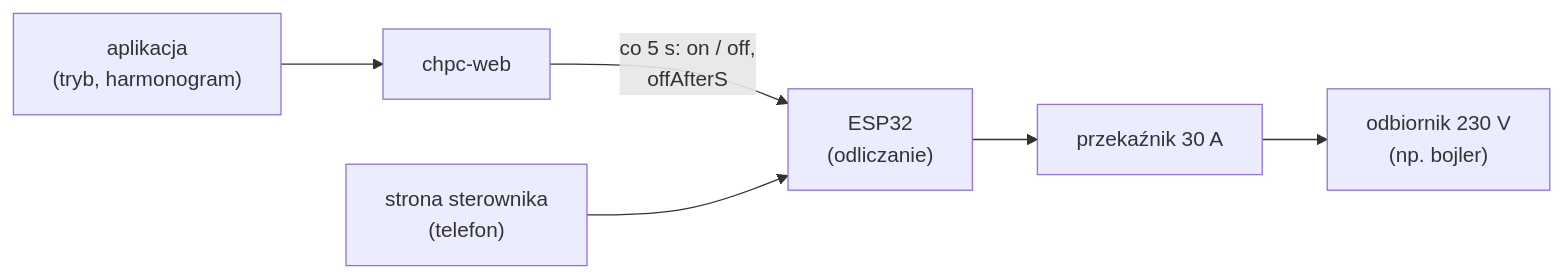
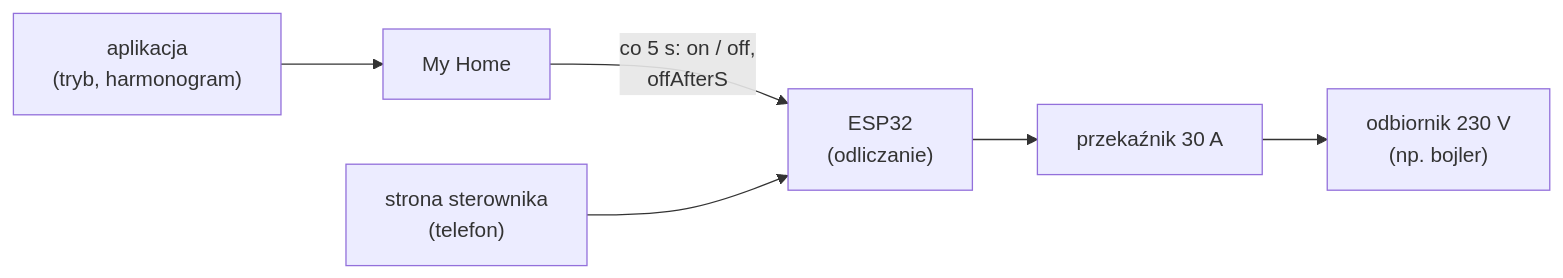
One commit to robertorlowski/chpc-web changed the diagram in devices/switch/docs/1-opis-biznesowy.md. Above: the diagram before and after it, drawn with Mermaid. The commit also changed 37 other files, not shown here.

First line of the commit message:
Dokumentacja: nazwa systemu My Home zamiast chpc-web, README po angielsku

````diff
--- a/devices/switch/docs/1-opis-biznesowy.md
+++ b/devices/switch/docs/1-opis-biznesowy.md
@@ -20,7 +20,7 @@
 ```mermaid
 flowchart LR
-    APP["aplikacja<br/>(tryb, harmonogram)"] --> SRV["chpc-web"]
+    APP["aplikacja<br/>(tryb, harmonogram)"] --> SRV["My Home"]
     SRV -- "co 5 s: on / off,<br/>offAfterS" --> E["ESP32<br/>(odliczanie)"]
     E --> R["przekaźnik 30 A"] --> L["odbiornik 230 V<br/>(np. bojler)"]
     P["strona sterownika<br/>(telefon)"] --> E
 ```
````
